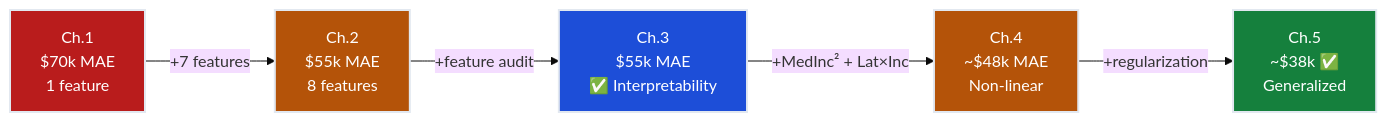
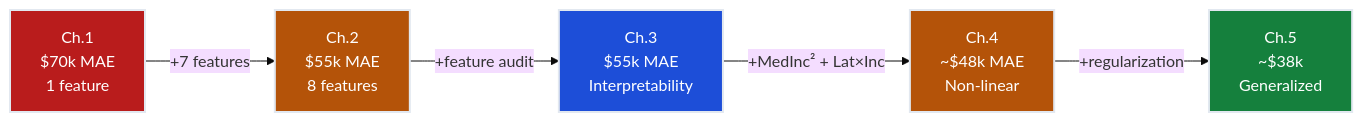
Before and after one commit to dsgouda7/ai-portfolio: the fourth of 4 diagrams in notes/01-ml/01-regression/ch03_feature_importance/README.md, drawn with Mermaid (base theme). The commit also changed other lines of this file and 179 other files, not shown here.

````diff
--- a/notes/01-ml/01-regression/ch03_feature_importance/README.md
+++ b/notes/01-ml/01-regression/ch03_feature_importance/README.md
@@ -1433,13 +1431,13 @@
 ```mermaid
 flowchart LR
-    CH1["Ch.1\n$70k MAE\n1 feature"] -->|"+7 features"| CH2["Ch.2\n$55k MAE\n8 features"]
-    CH2 -->|"+feature audit"| CH3["Ch.3\n$55k MAE\n✅ Interpretability"]
-    CH3 -->|"+MedInc² + Lat×Inc"| CH4["Ch.4\n~$48k MAE\nNon-linear"]
-    CH4 -->|"+regularization"| CH5["Ch.5\n~$38k ✅\nGeneralized"]
+ CH1["Ch.1\n$70k MAE\n1 feature"] -->|"+7 features"| CH2["Ch.2\n$55k MAE\n8 features"]
+ CH2 -->|"+feature audit"| CH3["Ch.3\n$55k MAE\n Interpretability"]
+ CH3 -->|"+MedInc² + Lat×Inc"| CH4["Ch.4\n~$48k MAE\nNon-linear"]
+ CH4 -->|"+regularization"| CH5["Ch.5\n~$38k \nGeneralized"]
 
-    style CH1 fill:#b91c1c,stroke:#e2e8f0,stroke-width:2px,color:#ffffff
-    style CH2 fill:#b45309,stroke:#e2e8f0,stroke-width:2px,color:#ffffff
-    style CH3 fill:#1d4ed8,stroke:#e2e8f0,stroke-width:2px,color:#ffffff
-    style CH4 fill:#b45309,stroke:#e2e8f0,stroke-width:2px,color:#ffffff
-    style CH5 fill:#15803d,stroke:#e2e8f0,stroke-width:2px,color:#ffffff
+ style CH1 fill:#b91c1c,stroke:#e2e8f0,stroke-width:2px,color:#ffffff
+ style CH2 fill:#b45309,stroke:#e2e8f0,stroke-width:2px,color:#ffffff
+ style CH3 fill:#1d4ed8,stroke:#e2e8f0,stroke-width:2px,color:#ffffff
+ style CH4 fill:#b45309,stroke:#e2e8f0,stroke-width:2px,color:#ffffff
+ style CH5 fill:#15803d,stroke:#e2e8f0,stroke-width:2px,color:#ffffff
 ```
````
